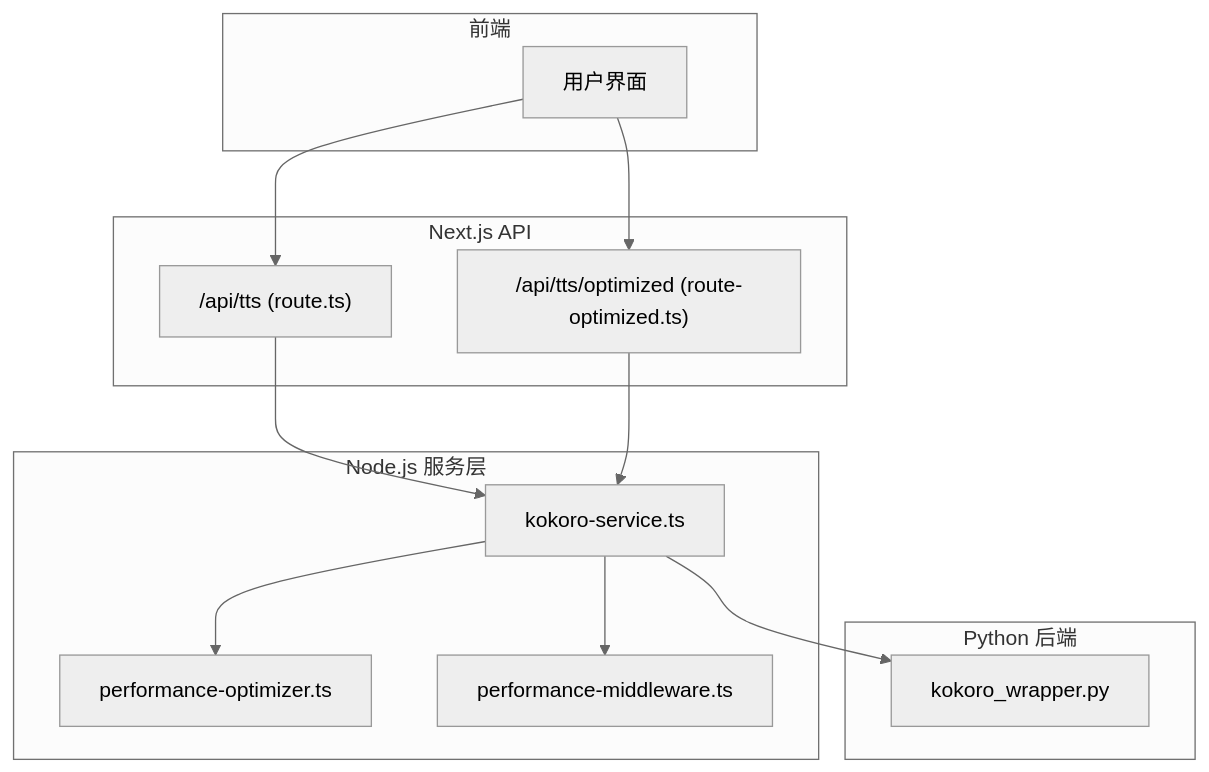
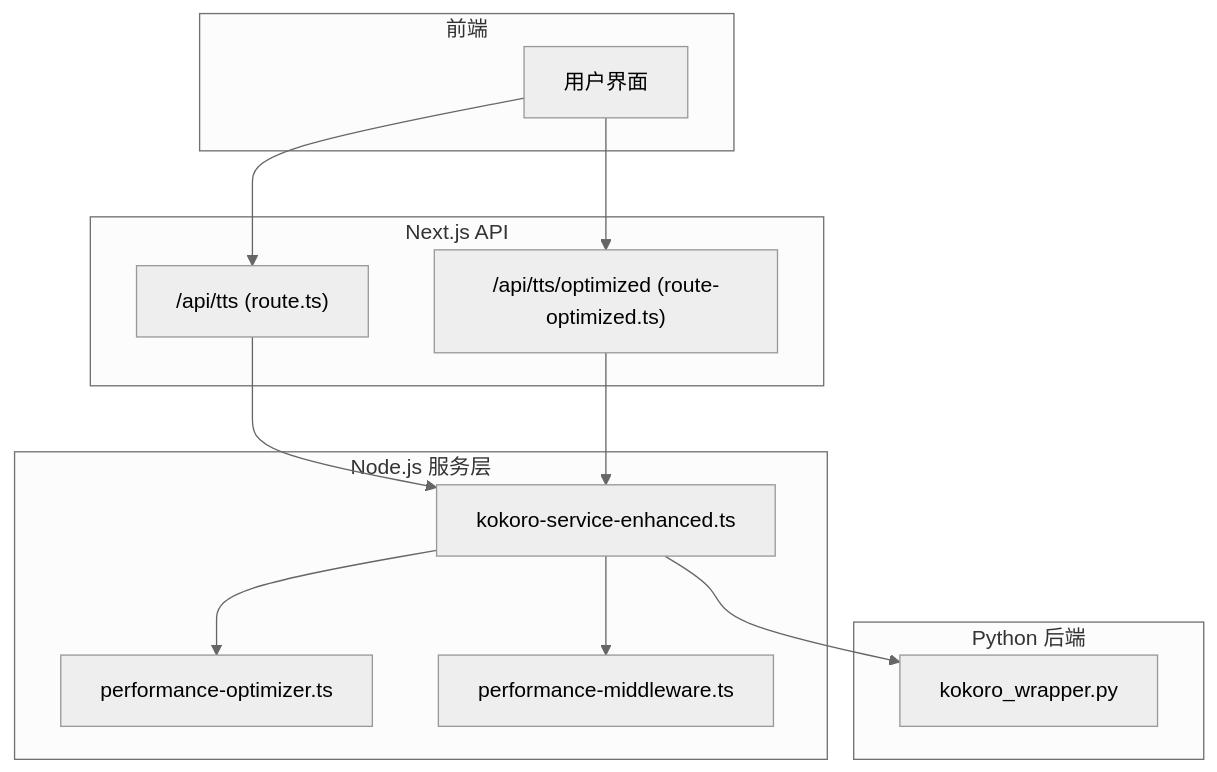
The first of 7 diagrams in .qoder/repowiki/zh/content/后端API接口/语音合成API/语音合成API.md (arthurlee116/english-listening-trainer), drawn with Mermaid (neutral theme) before and after one commit. The commit also changed other lines of this file and 22 other files, not shown here.

````diff
--- a/.qoder/repowiki/zh/content/后端API接口/语音合成API/语音合成API.md
+++ b/.qoder/repowiki/zh/content/后端API接口/语音合成API/语音合成API.md
@@ -32,25 +41,25 @@
 ```mermaid
 graph TB
 subgraph "前端"
 UI[用户界面]
 end
 subgraph "Next.js API"
 A["/api/tts (route.ts)"]
 B["/api/tts/optimized (route-optimized.ts)"]
 end
 subgraph "Node.js 服务层"
-C[kokoro-service.ts]
+C[kokoro-service-enhanced.ts]
 D[performance-optimizer.ts]
 E[performance-middleware.ts]
 end
 subgraph "Python 后端"
 F[kokoro_wrapper.py]
 end
 UI --> A
 UI --> B
 A --> C
 B --> C
 C --> D
 C --> E
 C --> F
 ```
````
